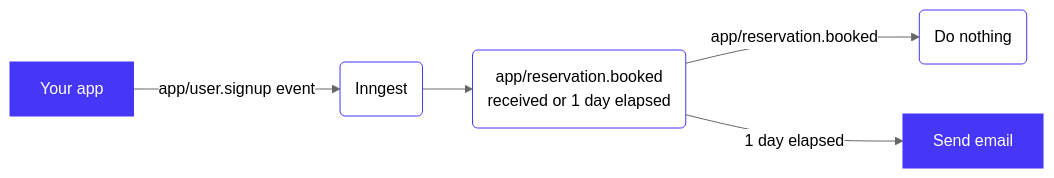
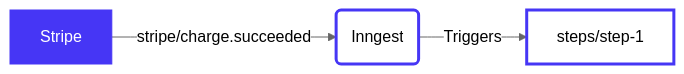
The diagram in examples/prisma-typescript-function/README.md (inngest/inngest), drawn with Mermaid (neutral theme) before and after one commit. The commit also changed other lines of this file and 1 other file, not shown here.

Commit message:
Update Stripe->Prisma example to include README, description, and tags

````diff
--- a/examples/prisma-typescript-function/README.md
+++ b/examples/prisma-typescript-function/README.md
@@ -7,13 +10,12 @@
 ```mermaid
 graph LR
-Source[Your app] -->|app/user.signup event| Inngest(Inngest)
-Inngest --> Day(app/reservation.booked<br>received or 1 day elapsed)
-Day -->|app/reservation.booked| Nothing(Do nothing)
-Day -->|1 day elapsed| Email[Send email]
+Stripe -->|stripe/charge.succeeded| Inngest(Inngest)
+Inngest -->|Triggers| step1[steps/step-1]
 
-classDef inngest fill:#fff,stroke:#4636f5
-classDef user fill:#4636f5,color:white,stroke:#4636f5
+classDef in fill:#4636f5,color:white,stroke:#4636f5;
+classDef inngest fill:white,color:black,stroke:#4636f5,stroke-width:3px;
+classDef out fill:white,color:black,stroke:#4636f5,stroke-dasharray: 5 5,stroke-width:3px;
 
-class Source,Email user
-class Inngest,Day,Nothing inngest
+class Stripe in;
+class Inngest,step1 inngest;
 ```
````
